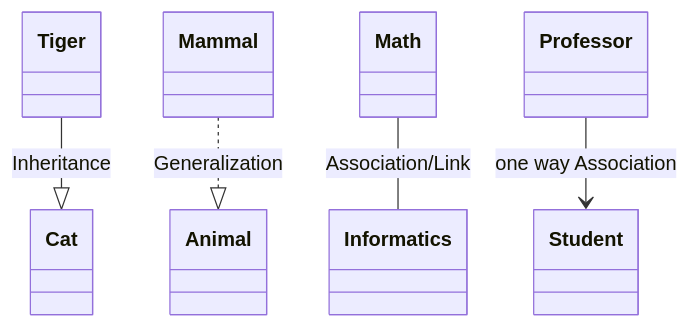
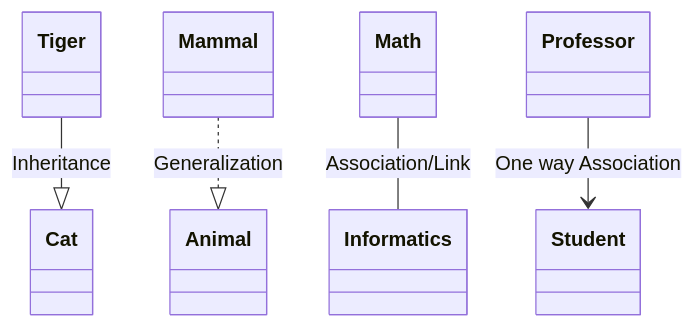
One commit to kandolfp/MECH-M-DUAL-1-SWD changed the second of 7 diagrams in oop/index.qmd. Above: the diagram before and after it, drawn with Mermaid. The commit also changed other lines of this file, not shown here.

````diff
--- a/oop/index.qmd
+++ b/oop/index.qmd
@@ -313,8 +313,8 @@
 ```{mermaid}
 %%| fig-cap: "Relationships in terms of arrows"
 classDiagram
 Tiger --|> Cat : Inheritance
 Mammal ..|> Animal : Generalization
 Math -- Informatics : Association/Link
-Professor --> Student : one way Association
+Professor --> Student : One way Association
 ```
````
